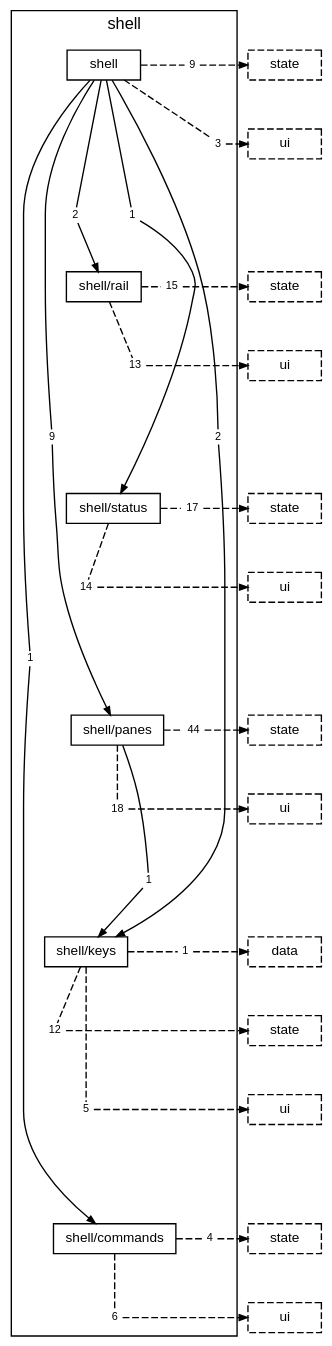
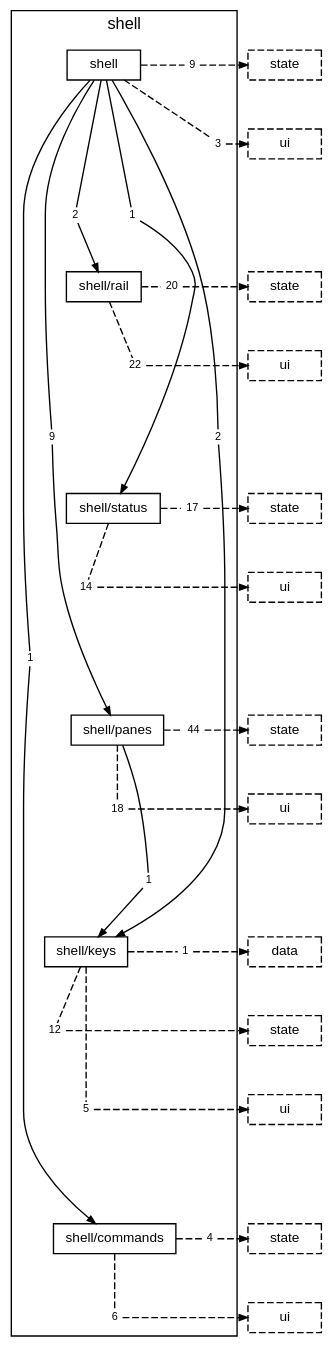
Before and after one commit to TheAxeC/oculus: the diagram in docs/diagrams/layer-shell.dot, drawn with Graphviz. The commit also changed 84 other files, not shown here.

```diff
--- a/docs/diagrams/layer-shell.dot
+++ b/docs/diagrams/layer-shell.dot
@@ -1,102 +1,102 @@
 digraph layer_shell {
     graph [bgcolor="transparent", rankdir=TB, newrank=true, mclimit=4, fontname="Helvetica,Arial,sans-serif", fontsize=12, nodesep=0.2, ranksep=0.5];
     node [shape=box, color="black", fontcolor="black", fontname="Helvetica,Arial,sans-serif", fontsize=10, height=0.3, margin="0.12,0.04"];
     edge [color="black", fontcolor="black", fontname="Helvetica,Arial,sans-serif", fontsize=8, arrowsize=0.6];
     subgraph "cluster_shell" {
         label="shell"; style=solid;
         "folder shell" [label="shell"];
         "folder shell/rail" [label="shell/rail"];
         "folder shell/status" [label="shell/status"];
         "folder shell/panes" [label="shell/panes"];
         "folder shell/keys" [label="shell/keys"];
         "folder shell/commands" [label="shell/commands"];
         "folder shell to folder shell/commands" [label="1", shape=box, color="transparent", fontsize=8, width=0, height=0, margin="0.04,0.02"];
         "folder shell to folder shell/keys" [label="2", shape=box, color="transparent", fontsize=8, width=0, height=0, margin="0.04,0.02"];
         "folder shell to folder shell/panes" [label="9", shape=box, color="transparent", fontsize=8, width=0, height=0, margin="0.04,0.02"];
         "folder shell to folder shell/rail" [label="2", shape=box, color="transparent", fontsize=8, width=0, height=0, margin="0.04,0.02"];
         "folder shell to folder shell/status" [label="1", shape=box, color="transparent", fontsize=8, width=0, height=0, margin="0.04,0.02"];
         "folder shell to layer state" [label="9", shape=box, color="transparent", fontsize=8, width=0, height=0, margin="0.04,0.02"];
         "folder shell to layer ui" [label="3", shape=box, color="transparent", fontsize=8, width=0, height=0, margin="0.04,0.02"];
-        "folder shell/rail to layer state" [label="15", shape=box, color="transparent", fontsize=8, width=0, height=0, margin="0.04,0.02"];
-        "folder shell/rail to layer ui" [label="13", shape=box, color="transparent", fontsize=8, width=0, height=0, margin="0.04,0.02"];
+        "folder shell/rail to layer state" [label="20", shape=box, color="transparent", fontsize=8, width=0, height=0, margin="0.04,0.02"];
+        "folder shell/rail to layer ui" [label="22", shape=box, color="transparent", fontsize=8, width=0, height=0, margin="0.04,0.02"];
         "folder shell/status to layer state" [label="17", shape=box, color="transparent", fontsize=8, width=0, height=0, margin="0.04,0.02"];
         "folder shell/status to layer ui" [label="14", shape=box, color="transparent", fontsize=8, width=0, height=0, margin="0.04,0.02"];
         "folder shell/panes to folder shell/keys" [label="1", shape=box, color="transparent", fontsize=8, width=0, height=0, margin="0.04,0.02"];
         "folder shell/panes to layer state" [label="44", shape=box, color="transparent", fontsize=8, width=0, height=0, margin="0.04,0.02"];
         "folder shell/panes to layer ui" [label="18", shape=box, color="transparent", fontsize=8, width=0, height=0, margin="0.04,0.02"];
         "folder shell/keys to layer data" [label="1", shape=box, color="transparent", fontsize=8, width=0, height=0, margin="0.04,0.02"];
         "folder shell/keys to layer state" [label="12", shape=box, color="transparent", fontsize=8, width=0, height=0, margin="0.04,0.02"];
         "folder shell/keys to layer ui" [label="5", shape=box, color="transparent", fontsize=8, width=0, height=0, margin="0.04,0.02"];
         "folder shell/commands to layer state" [label="4", shape=box, color="transparent", fontsize=8, width=0, height=0, margin="0.04,0.02"];
         "folder shell/commands to layer ui" [label="6", shape=box, color="transparent", fontsize=8, width=0, height=0, margin="0.04,0.02"];
     }
     "layer state from folder shell" [label="state", style=dashed];
     "layer ui from folder shell" [label="ui", style=dashed];
     "layer state from folder shell/rail" [label="state", style=dashed];
     "layer ui from folder shell/rail" [label="ui", style=dashed];
     "layer state from folder shell/status" [label="state", style=dashed];
     "layer ui from folder shell/status" [label="ui", style=dashed];
     "layer state from folder shell/panes" [label="state", style=dashed];
     "layer ui from folder shell/panes" [label="ui", style=dashed];
     "layer data from folder shell/keys" [label="data", style=dashed];
     "layer state from folder shell/keys" [label="state", style=dashed];
     "layer ui from folder shell/keys" [label="ui", style=dashed];
     "layer state from folder shell/commands" [label="state", style=dashed];
     "layer ui from folder shell/commands" [label="ui", style=dashed];
     "folder shell" -> "folder shell/rail" [style=invis, weight=10, minlen=3];
     "folder shell/rail" -> "folder shell/status" [style=invis, weight=10, minlen=3];
     "folder shell/status" -> "folder shell/panes" [style=invis, weight=10, minlen=3];
     "folder shell/panes" -> "folder shell/keys" [style=invis, weight=10, minlen=3];
     "folder shell/keys" -> "folder shell/commands" [style=invis, weight=10, minlen=4];
     "folder shell" -> "folder shell to folder shell/commands" [arrowhead=none, minlen=8, weight=10];
     "folder shell to folder shell/commands" -> "folder shell/commands" [];
     "folder shell" -> "folder shell to folder shell/keys" [arrowhead=none, minlen=5, weight=10];
     "folder shell to folder shell/keys" -> "folder shell/keys" [];
     "folder shell" -> "folder shell to folder shell/panes" [arrowhead=none, minlen=5, weight=10];
     "folder shell to folder shell/panes" -> "folder shell/panes" [];
     "folder shell" -> "folder shell to folder shell/rail" [arrowhead=none, minlen=2, weight=10];
     "folder shell to folder shell/rail" -> "folder shell/rail" [];
     "folder shell" -> "folder shell to folder shell/status" [arrowhead=none, minlen=2, weight=10];
     "folder shell to folder shell/status" -> "folder shell/status" [];
     "folder shell" -> "folder shell to layer state" [arrowhead=none, style=dashed];
     "folder shell to layer state" -> "layer state from folder shell" [style=dashed];
     { rank=same; "folder shell"; "folder shell to layer state"; "layer state from folder shell"; }
     "folder shell" -> "folder shell to layer ui" [arrowhead=none, style=dashed, minlen=1, weight=10];
     "folder shell to layer ui" -> "layer ui from folder shell" [style=dashed];
     { rank=same; "folder shell to layer ui"; "layer ui from folder shell"; }
     "folder shell/rail" -> "folder shell/rail to layer state" [arrowhead=none, style=dashed];
     "folder shell/rail to layer state" -> "layer state from folder shell/rail" [style=dashed];
     { rank=same; "folder shell/rail"; "folder shell/rail to layer state"; "layer state from folder shell/rail"; }
     "folder shell/rail" -> "folder shell/rail to layer ui" [arrowhead=none, style=dashed, minlen=1, weight=10];
     "folder shell/rail to layer ui" -> "layer ui from folder shell/rail" [style=dashed];
     { rank=same; "folder shell/rail to layer ui"; "layer ui from folder shell/rail"; }
     "folder shell/status" -> "folder shell/status to layer state" [arrowhead=none, style=dashed];
     "folder shell/status to layer state" -> "layer state from folder shell/status" [style=dashed];
     { rank=same; "folder shell/status"; "folder shell/status to layer state"; "layer state from folder shell/status"; }
     "folder shell/status" -> "folder shell/status to layer ui" [arrowhead=none, style=dashed, minlen=1, weight=10];
     "folder shell/status to layer ui" -> "layer ui from folder shell/status" [style=dashed];
     { rank=same; "folder shell/status to layer ui"; "layer ui from folder shell/status"; }
     "folder shell/panes" -> "folder shell/panes to folder shell/keys" [arrowhead=none, minlen=2, weight=10];
     "folder shell/panes to folder shell/keys" -> "folder shell/keys" [];
     "folder shell/panes" -> "folder shell/panes to layer state" [arrowhead=none, style=dashed];
     "folder shell/panes to layer state" -> "layer state from folder shell/panes" [style=dashed];
     { rank=same; "folder shell/panes"; "folder shell/panes to layer state"; "layer state from folder shell/panes"; }
     "folder shell/panes" -> "folder shell/panes to layer ui" [arrowhead=none, style=dashed, minlen=1, weight=10];
     "folder shell/panes to layer ui" -> "layer ui from folder shell/panes" [style=dashed];
     { rank=same; "folder shell/panes to layer ui"; "layer ui from folder shell/panes"; }
     "folder shell/keys" -> "folder shell/keys to layer data" [arrowhead=none, style=dashed];
     "folder shell/keys to layer data" -> "layer data from folder shell/keys" [style=dashed];
     { rank=same; "folder shell/keys"; "folder shell/keys to layer data"; "layer data from folder shell/keys"; }
     "folder shell/keys" -> "folder shell/keys to layer state" [arrowhead=none, style=dashed, minlen=1, weight=10];
     "folder shell/keys to layer state" -> "layer state from folder shell/keys" [style=dashed];
     { rank=same; "folder shell/keys to layer state"; "layer state from folder shell/keys"; }
     "folder shell/keys" -> "folder shell/keys to layer ui" [arrowhead=none, style=dashed, minlen=2, weight=10];
     "folder shell/keys to layer ui" -> "layer ui from folder shell/keys" [style=dashed];
     { rank=same; "folder shell/keys to layer ui"; "layer ui from folder shell/keys"; }
     "folder shell/commands" -> "folder shell/commands to layer state" [arrowhead=none, style=dashed];
     "folder shell/commands to layer state" -> "layer state from folder shell/commands" [style=dashed];
     { rank=same; "folder shell/commands"; "folder shell/commands to layer state"; "layer state from folder shell/commands"; }
     "folder shell/commands" -> "folder shell/commands to layer ui" [arrowhead=none, style=dashed, minlen=1, weight=10];
     "folder shell/commands to layer ui" -> "layer ui from folder shell/commands" [style=dashed];
     { rank=same; "folder shell/commands to layer ui"; "layer ui from folder shell/commands"; }
 }
```
